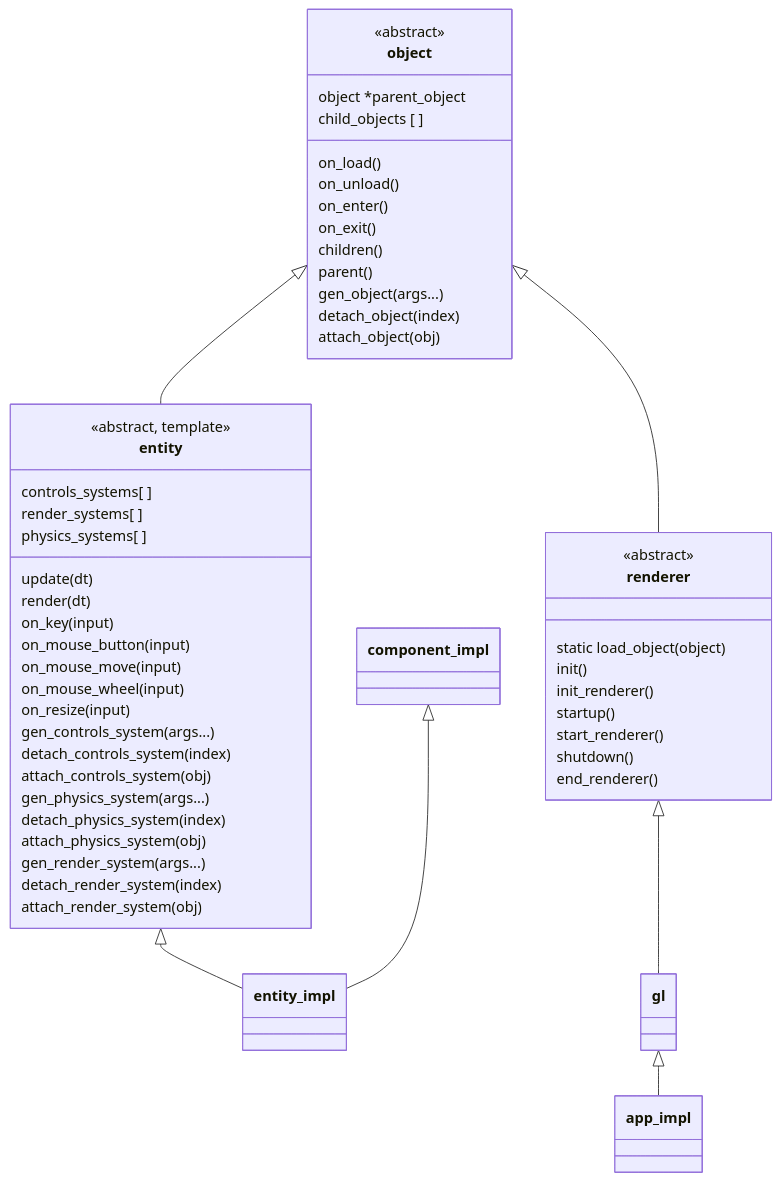
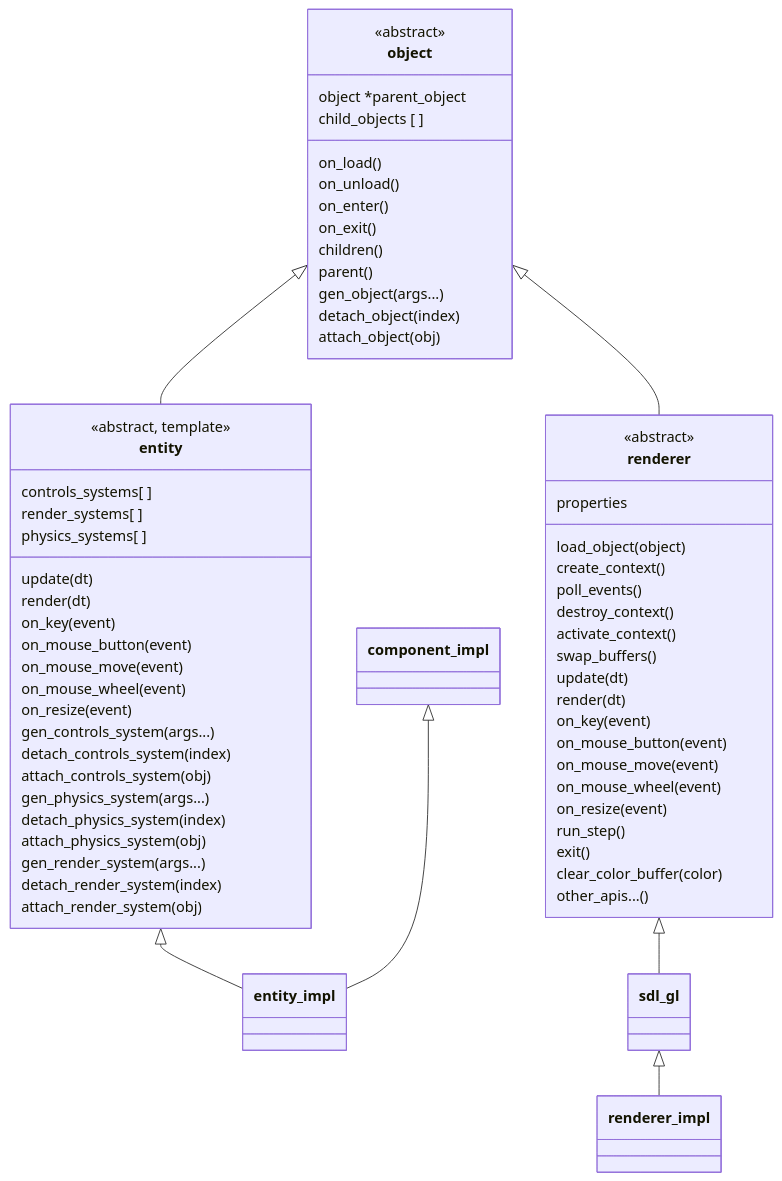
Before and after one commit to barne856/square: the second of 3 diagrams in README.md, drawn with Mermaid. The commit also changed other lines of this file and 13 other files, not shown here.

````diff
--- a/README.md
+++ b/README.md
@@ -25,59 +25,67 @@
 ```mermaid
 classDiagram
     class object {
       <<abstract>>
       object *parent_object
       child_objects [ ]
       on_load()
       on_unload()
       on_enter()
       on_exit()
       children()
       parent()
       gen_object(args...)
       detach_object(index)
       attach_object(obj)
     }
     class entity {
       <<abstract, template>>
       controls_systems[ ]
       render_systems[ ]
       physics_systems[ ]
       update(dt)
       render(dt)
-      on_key(input)
-      on_mouse_button(input)
-      on_mouse_move(input)
-      on_mouse_wheel(input)
-      on_resize(input)
+      on_key(event)
+      on_mouse_button(event)
+      on_mouse_move(event)
+      on_mouse_wheel(event)
+      on_resize(event)
       gen_controls_system(args...)
       detach_controls_system(index)
       attach_controls_system(obj)
       gen_physics_system(args...)
       detach_physics_system(index)
       attach_physics_system(obj)
       gen_render_system(args...)
       detach_render_system(index)
       attach_render_system(obj)
     }
     class renderer {
       <<abstract>>
-      static load_object(object)
-      init()
-      init_renderer()
-      startup()
-      start_renderer()
-      shutdown()
-      end_renderer()
+      properties
+      load_object(object)
+      create_context()
+      poll_events()
+      destroy_context()
+      activate_context()
+      swap_buffers()
+      update(dt)
+      render(dt)
+      on_key(event)
+      on_mouse_button(event)
+      on_mouse_move(event)
+      on_mouse_wheel(event)
+      on_resize(event)
+      run_step()
+      exit()
+      clear_color_buffer(color)
+      other_apis...()
     }
 
     object <|-- entity
     entity <|-- entity_impl
     component_impl <|-- entity_impl
     object <|-- renderer
-    renderer <|-- gl
-    gl <|-- app_impl
-
-
-
+    renderer <|-- sdl_gl
+    sdl_gl <|-- renderer_impl
 ```
````
